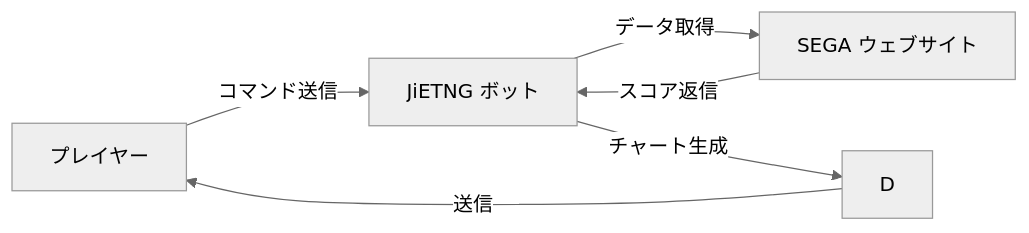
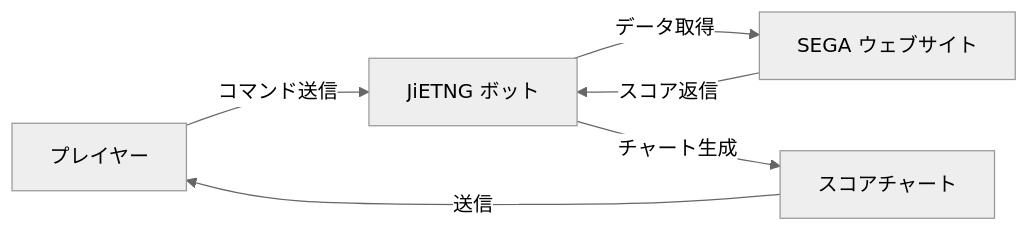
One commit to Matsuk1/JiETNG-maimai-dx-bot changed the diagram in docs/ja/guide/introduction.md. Above: the diagram before and after it, drawn with Mermaid (neutral theme). The commit also changed 4 other files, not shown here.

````diff
--- a/docs/ja/guide/introduction.md
+++ b/docs/ja/guide/introduction.md
@@ -61,8 +61,8 @@
 ```mermaid
 graph LR
     A[プレイヤー] -->|コマンド送信| B[JiETNG ボット]
     B -->|データ取得| C[SEGA ウェブサイト]
     C -->|スコア返信| B
-    B -->|チャート生成| D
+    B -->|チャート生成| D[スコアチャート]
     D -->|送信| A
 ```
````
